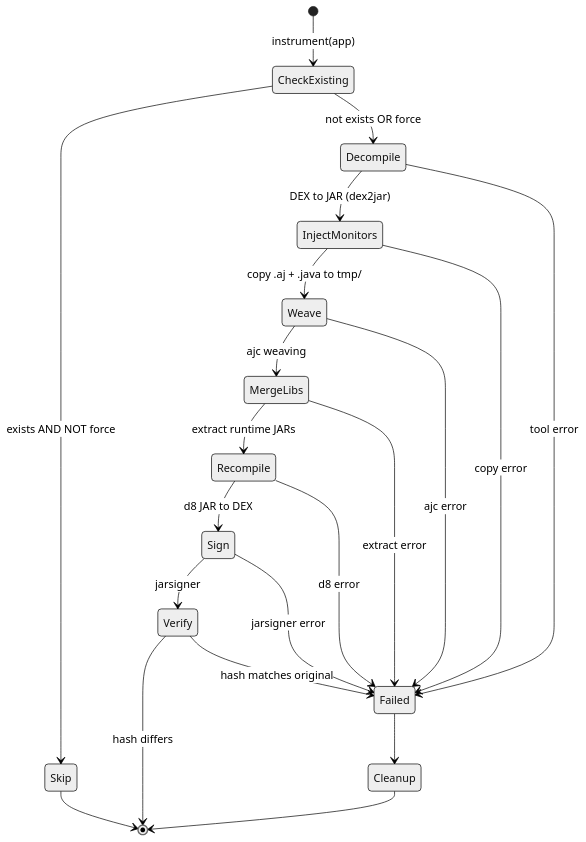
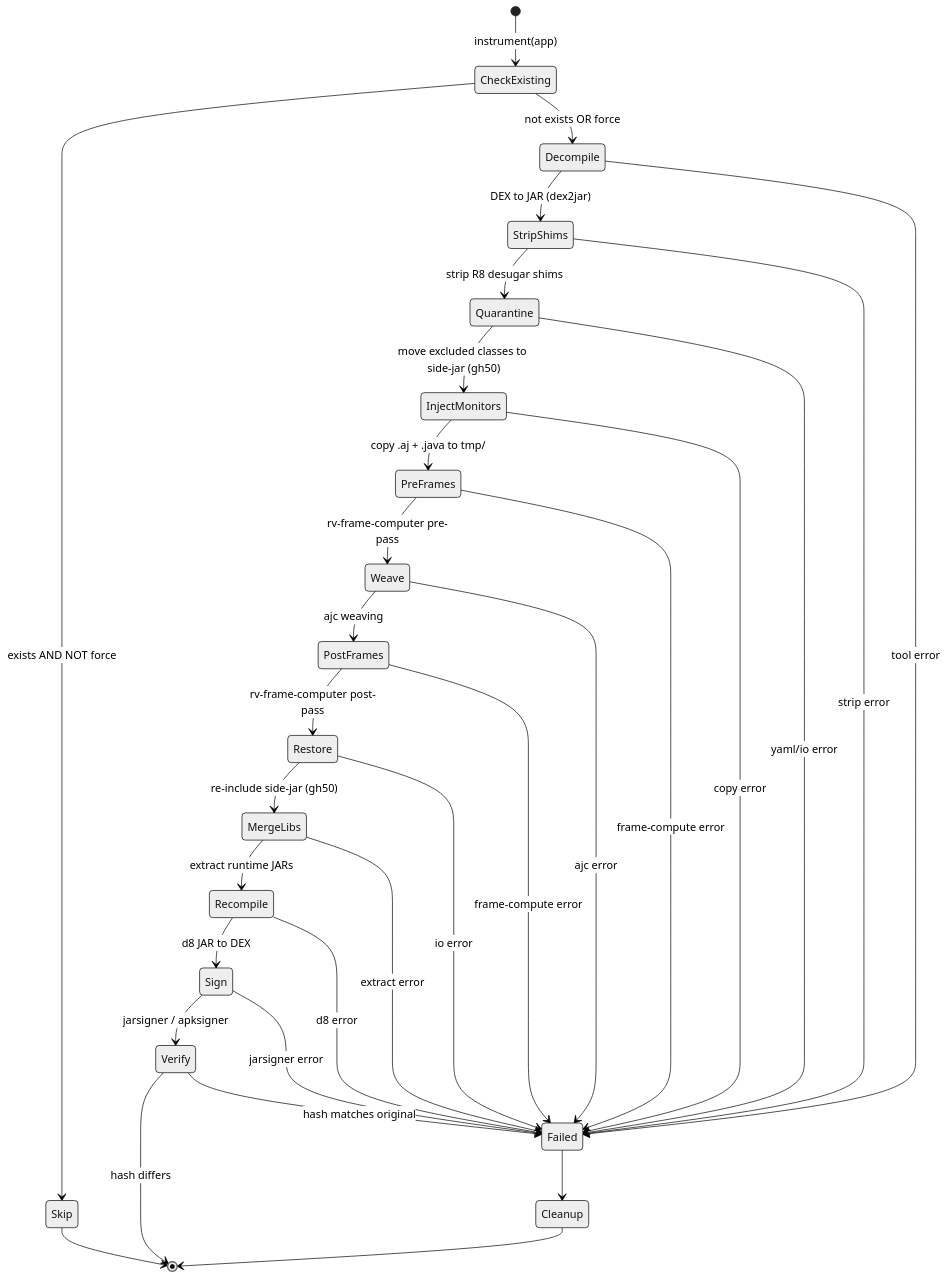
The seventh of 8 diagrams in rv-android/modules/rv-instrumentation-ajc/docs/architecture.md (PAMunb/rvsec), drawn with Mermaid before and after one commit. The commit also changed other lines of this file and 6 other files, not shown here.

First line of the commit message:
docs(gh50/55): refresh module architecture docs after gh50-gh55 audit

````diff
--- a/rv-android/modules/rv-instrumentation-ajc/docs/architecture.md
+++ b/rv-android/modules/rv-instrumentation-ajc/docs/architecture.md
@@ -409,28 +423,38 @@
 ```mermaid
 %%{init: {'theme': 'neutral'}}%%
 stateDiagram-v2
     [*] --> CheckExisting: instrument(app)
     CheckExisting --> Skip: exists AND NOT force
     CheckExisting --> Decompile: not exists OR force
 
     Skip --> [*]
 
-    Decompile --> InjectMonitors: DEX to JAR (dex2jar)
-    InjectMonitors --> Weave: copy .aj + .java to tmp/
-    Weave --> MergeLibs: ajc weaving
+    Decompile --> StripShims: DEX to JAR (dex2jar)
+    StripShims --> Quarantine: strip R8 desugar shims
+    Quarantine --> InjectMonitors: move excluded classes to side-jar (gh50)
+    InjectMonitors --> PreFrames: copy .aj + .java to tmp/
+    PreFrames --> Weave: rv-frame-computer pre-pass
+    Weave --> PostFrames: ajc weaving
+    PostFrames --> Restore: rv-frame-computer post-pass
+    Restore --> MergeLibs: re-include side-jar (gh50)
     MergeLibs --> Recompile: extract runtime JARs
     Recompile --> Sign: d8 JAR to DEX
-    Sign --> Verify: jarsigner
+    Sign --> Verify: jarsigner / apksigner
     Verify --> [*]: hash differs
 
     Decompile --> Failed: tool error
+    StripShims --> Failed: strip error
+    Quarantine --> Failed: yaml/io error
     InjectMonitors --> Failed: copy error
+    PreFrames --> Failed: frame-compute error
     Weave --> Failed: ajc error
+    PostFrames --> Failed: frame-compute error
+    Restore --> Failed: io error
     MergeLibs --> Failed: extract error
     Recompile --> Failed: d8 error
     Sign --> Failed: jarsigner error
     Verify --> Failed: hash matches original
 
     Failed --> Cleanup
     Cleanup --> [*]
 ```
````
